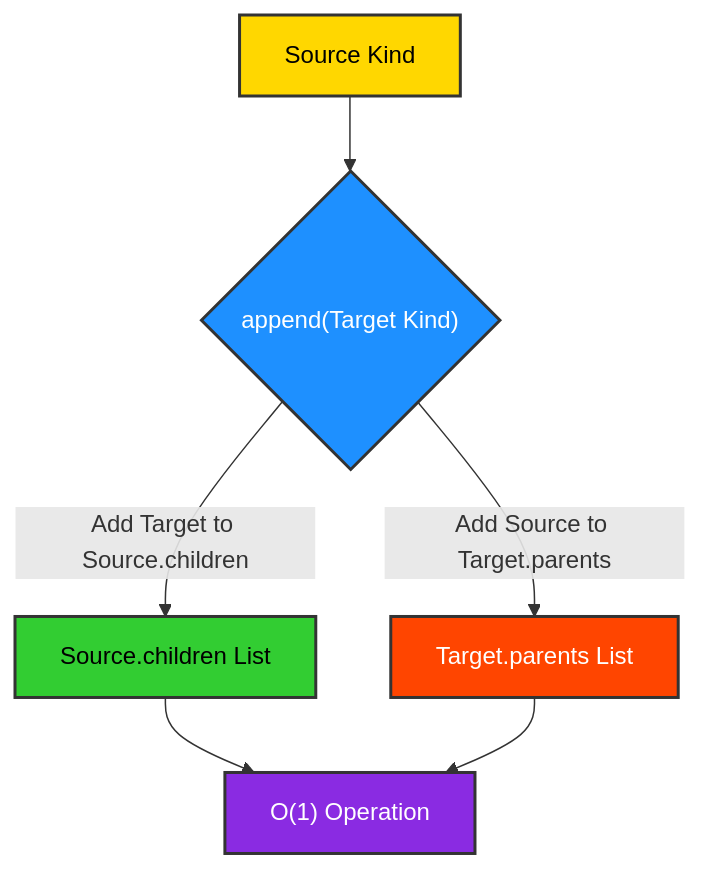
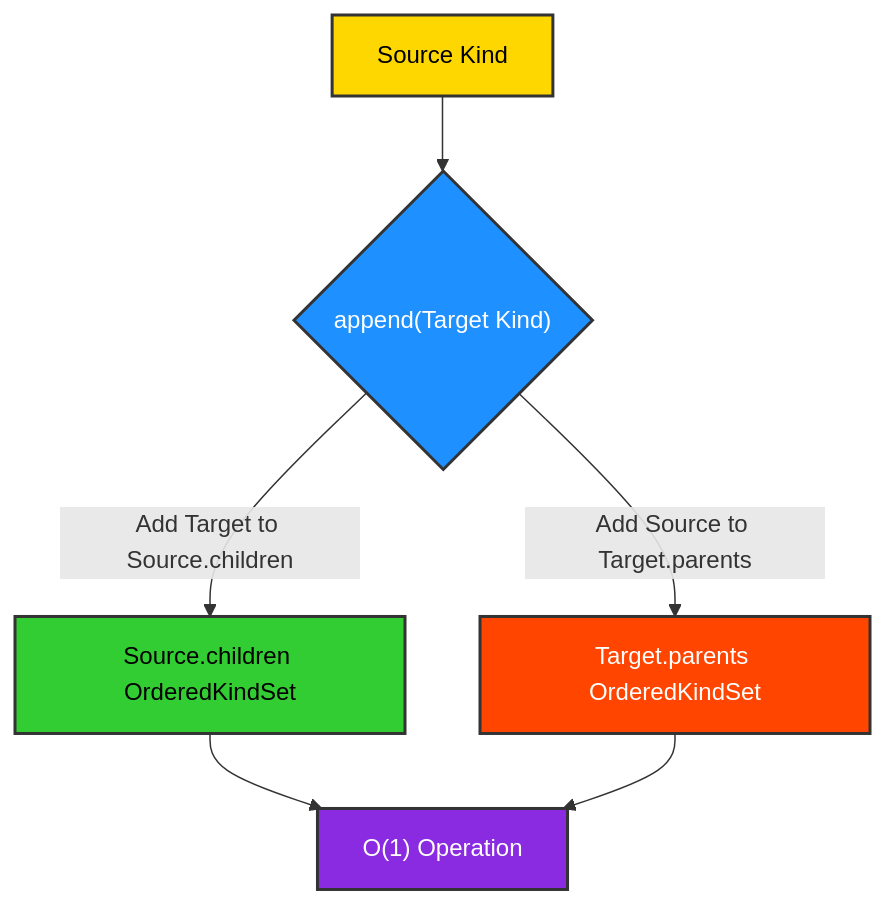
Before and after one commit to ikko/kind: the second of 4 diagrams in docs/topics/9_performance/index.md, drawn with Mermaid. The commit also changed other lines of this file and 62 other files, not shown here.

````diff
--- a/docs/topics/9_performance/index.md
+++ b/docs/topics/9_performance/index.md
@@ -97,14 +99,14 @@
 ```mermaid
 graph TD
     A[Source Kind] --> B{append&#40Target Kind&#41};
-    B -- "Add Target to Source.children" --> C[Source.children List];
-    B -- "Add Source to Target.parents" --> D[Target.parents List];
+    B -- "Add Target to Source.children" --> C[Source.children OrderedKindSet];
+    B -- "Add Source to Target.parents" --> D[Target.parents OrderedKindSet];
     C --> E[O#40;1#41; Operation];
     D --> E;
 
     style A fill:#FFD700,stroke:#333,stroke-width:2px,color:#000000;
     style B fill:#1E90FF,stroke:#333,stroke-width:2px,color:#FFFFFF;
     style C fill:#32CD32,stroke:#333,stroke-width:2px,color:#000000;
     style D fill:#FF4500,stroke:#333,stroke-width:2px,color:#FFFFFF;
     style E fill:#8A2BE2,stroke:#333,stroke-width:2px,color:#FFFFFF;
 ```
````
